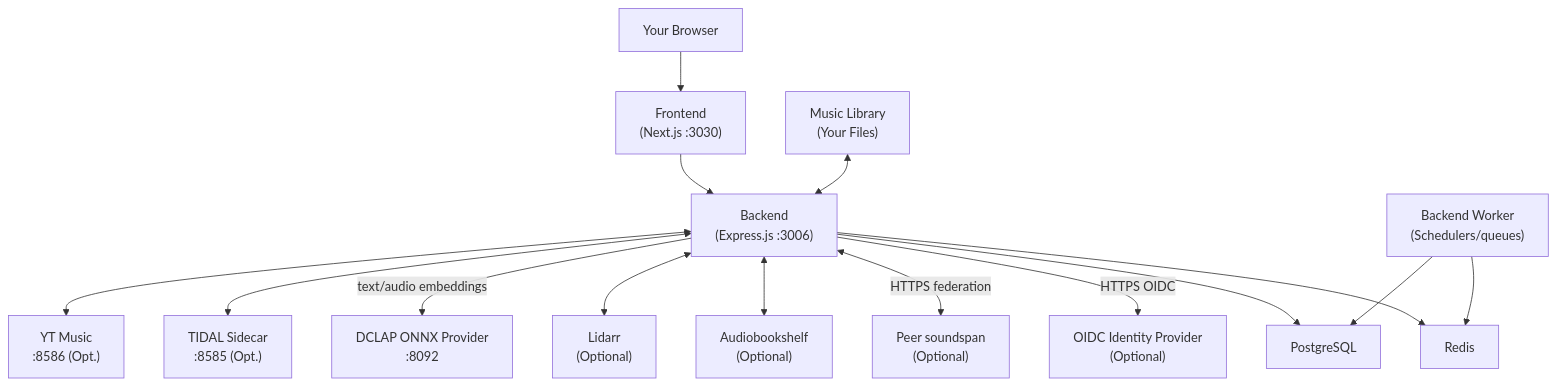
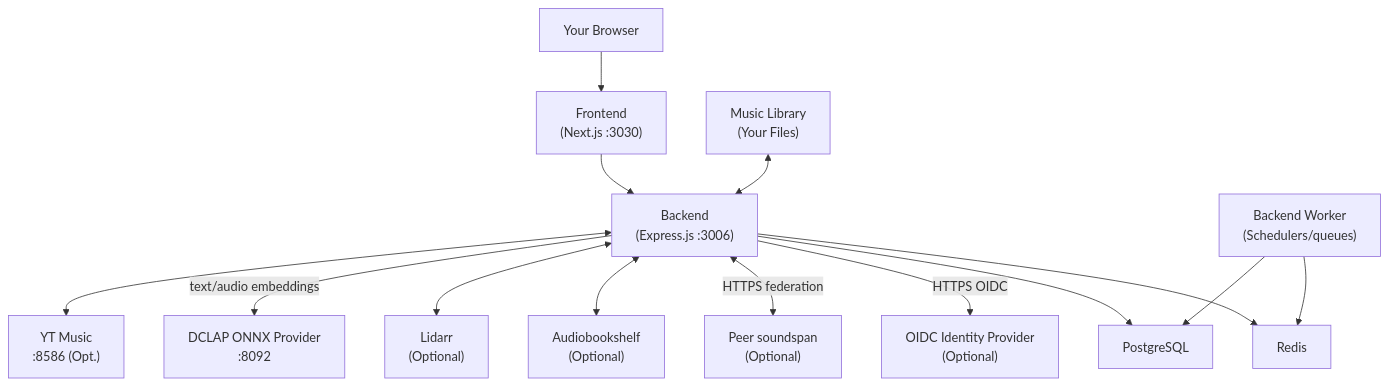
One commit to Tipson/soundspan changed the diagram in README.md. Above: the diagram before and after it, drawn with Mermaid. The commit also changed other lines of this file and 528 other files, not shown here.

````diff
--- a/README.md
+++ b/README.md
@@ -150,32 +149,30 @@
 ```mermaid
 graph TD
     Browser["Your Browser"]
     FE["Frontend<br/>(Next.js :3030)"]
     BE["Backend<br/>(Express.js :3006)"]
     BW["Backend Worker<br/>(Schedulers/queues)"]
     Music["Music Library<br/>(Your Files)"]
     PG["PostgreSQL"]
     RD["Redis"]
     YT["YT Music<br/>:8586 (Opt.)"]
-    TD["TIDAL Sidecar<br/>:8585 (Opt.)"]
     VP["DCLAP ONNX Provider<br/>:8092"]
     Lidarr["Lidarr<br/>(Optional)"]
     ABS["Audiobookshelf<br/>(Optional)"]
     PEER["Peer soundspan<br/>(Optional)"]
     IDP["OIDC Identity Provider<br/>(Optional)"]
 
     Browser --> FE
     FE --> BE
     Music <--> BE
     BW --> PG
     BW --> RD
     BE <--> YT
-    BE <--> TD
     BE -->|text/audio embeddings| VP
     BE <--> Lidarr
     BE <--> ABS
     BE <-->|HTTPS federation| PEER
     BE -->|HTTPS OIDC| IDP
     BE --> PG
     BE --> RD
 ```
````
